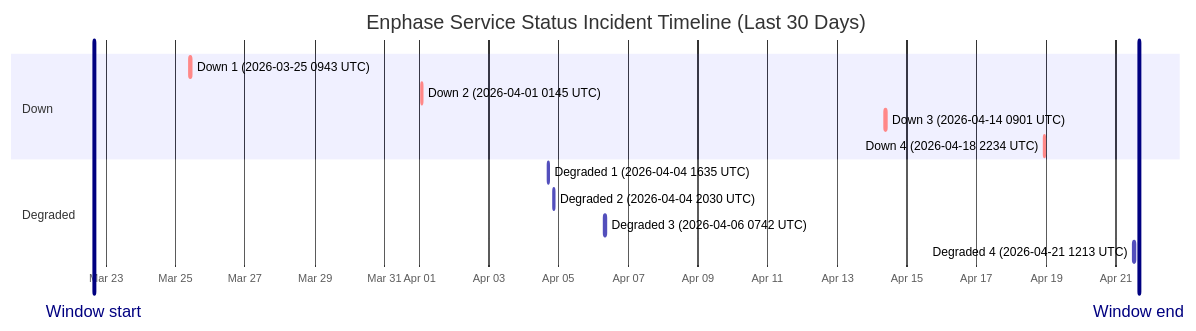
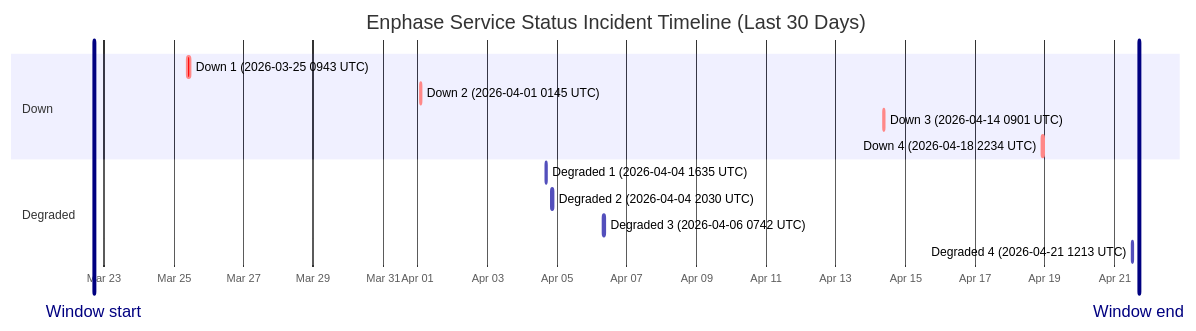
The diagram in wiki/Service-Status-History.md (barneyonline/ha-enphase-ev-charger), drawn with Mermaid before and after one commit. The commit also changed other lines of this file and 3 other files, not shown here.

````diff
--- a/wiki/Service-Status-History.md
+++ b/wiki/Service-Status-History.md
@@ -14,18 +14,18 @@
 ```mermaid
 gantt
     title Enphase Service Status Incident Timeline (Last 30 Days)
     dateFormat  YYYY-MM-DDTHH:mm:ss
     axisFormat  %b %d
-    Window start :vert, window-start, 2026-03-22T15:51:38, 0ms
-    Window end :vert, window-end, 2026-04-21T15:51:38, 0ms
+    Window start :vert, window-start, 2026-03-22T17:00:28, 0ms
+    Window end :vert, window-end, 2026-04-21T17:00:28, 0ms
     section Down
     Down 1 (2026-03-25 0943 UTC) :crit, down-1, 2026-03-25T09:43:28, 111m
     Down 2 (2026-04-01 0145 UTC) :crit, down-2, 2026-04-01T01:45:09, 60m
     Down 3 (2026-04-14 0901 UTC) :crit, down-3, 2026-04-14T09:01:13, 60m
     Down 4 (2026-04-18 2234 UTC) :crit, down-4, 2026-04-18T22:34:13, 60m
     section Degraded
     Degraded 1 (2026-04-04 1635 UTC) :active, degraded-1, 2026-04-04T16:35:17, 60m
     Degraded 2 (2026-04-04 2030 UTC) :active, degraded-2, 2026-04-04T20:30:40, 60m
     Degraded 3 (2026-04-06 0742 UTC) :active, degraded-3, 2026-04-06T07:42:09, 85m
     Degraded 4 (2026-04-21 1213 UTC) :active, degraded-4, 2026-04-21T12:13:11, 60m
 ```
````
